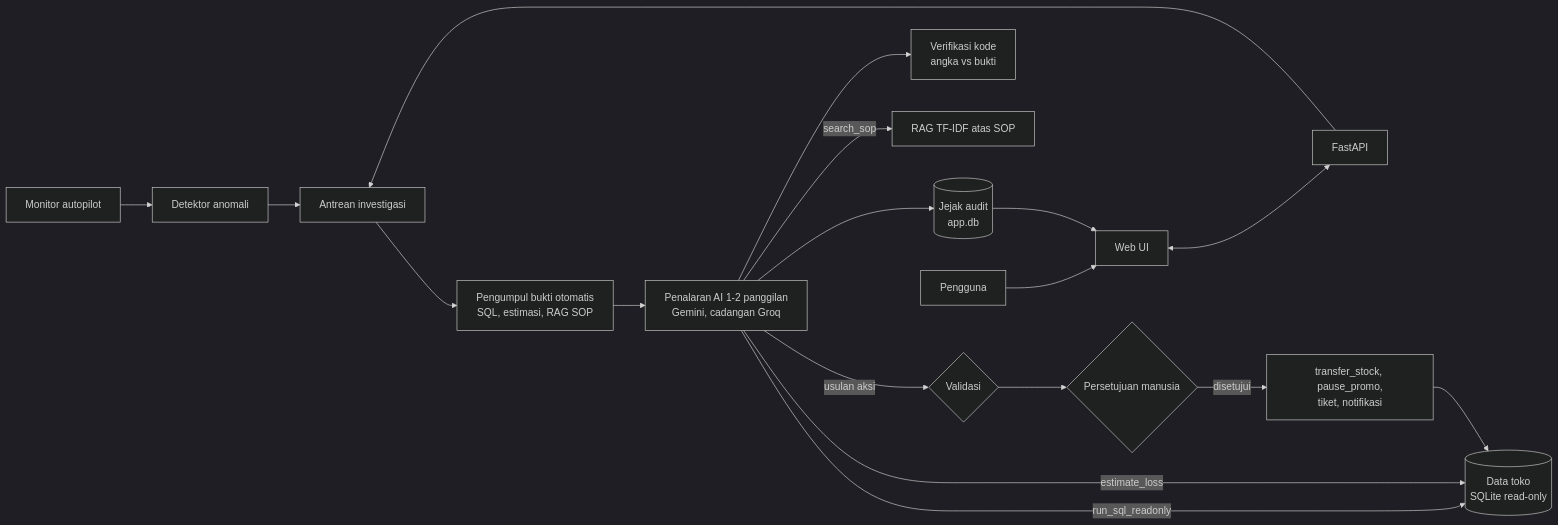
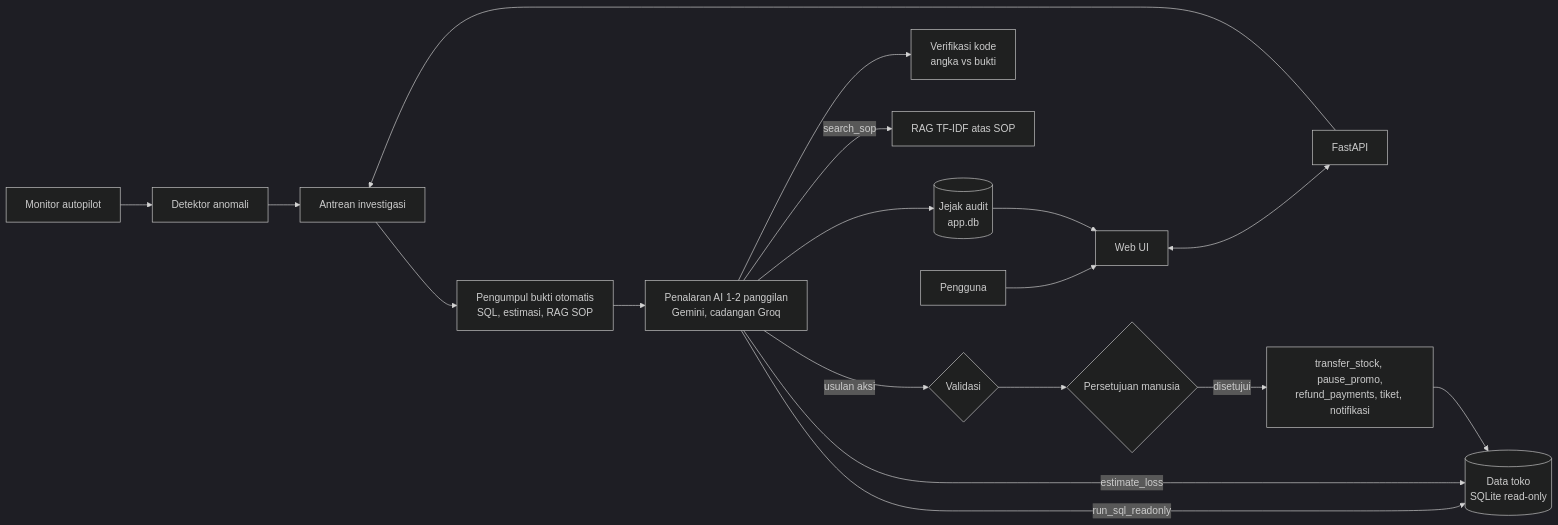
Before and after one commit to idkternn-stack/opspilot: the diagram in README.md, drawn with Mermaid (dark theme). The commit also changed other lines of this file and 17 other files, not shown here.

````diff
--- a/README.md
+++ b/README.md
@@ -27,20 +27,20 @@
 ```mermaid
 flowchart LR
   M[Monitor autopilot] --> D[Detektor anomali]
   U[Pengguna] --> UI[Web UI]
   UI <--> API[FastAPI]
   D --> Q[Antrean investigasi]
   API --> Q
   Q --> EV[Pengumpul bukti otomatis<br/>SQL, estimasi, RAG SOP]
   EV --> A[Penalaran AI 1-2 panggilan<br/>Gemini, cadangan Groq]
   A --> VC[Verifikasi kode<br/>angka vs bukti]
   A -->|run_sql_readonly| DB[(Data toko<br/>SQLite read-only)]
   A -->|search_sop| R[RAG TF-IDF atas SOP]
   A -->|estimate_loss| DB
   A -->|usulan aksi| V{Validasi}
   V --> H{Persetujuan manusia}
-  H -->|disetujui| X[transfer_stock, pause_promo,<br/>tiket, notifikasi]
+  H -->|disetujui| X[transfer_stock, pause_promo,<br/>refund_payments, tiket, notifikasi]
   X --> DB
   A --> L[(Jejak audit<br/>app.db)]
   L --> UI
 ```
````
